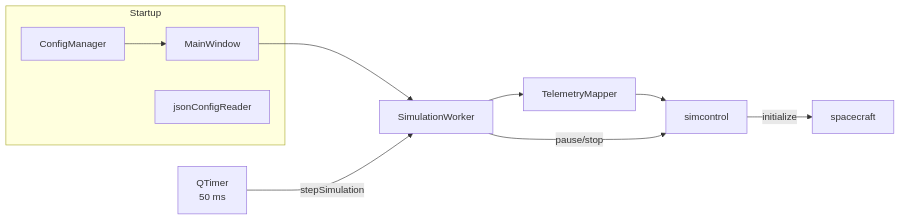
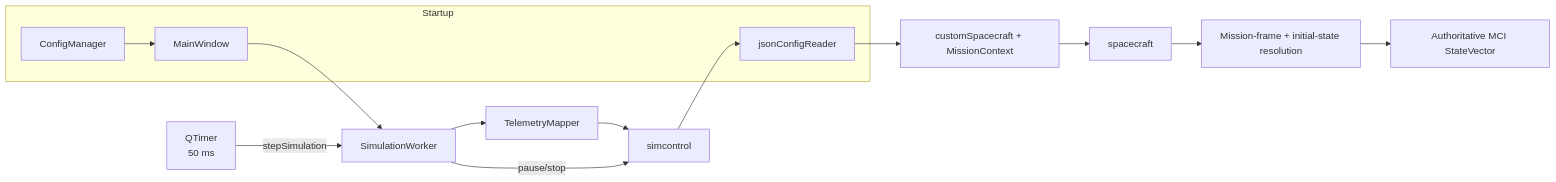
The sixth of 7 diagrams in docs/data-flow-diagrams.md (gerd-lrt-dev/moonlander), drawn with Mermaid before and after one commit. The commit also changed other lines of this file, not shown here.

Commit message:
docs: update data flow diagrams for D31 frame architecture

````diff
--- a/docs/data-flow-diagrams.md
+++ b/docs/data-flow-diagrams.md
@@ -288,22 +414,29 @@
 ```mermaid
 flowchart LR
     subgraph Startup
         CM[ConfigManager]
         MW[MainWindow]
         JCR[jsonConfigReader]
     end
 
     SW[SimulationWorker]
     TM[TelemetryMapper]
     SC[simcontrol]
+    CFG[customSpacecraft + MissionContext]
     SC2[spacecraft]
+    INIT[Mission-frame + initial-state resolution]
+    SV[Authoritative MCI StateVector]
     T[QTimer<br/>50 ms]
 
     CM --> MW
     MW --> SW
     SW --> TM
     TM --> SC
-    SC -->|initialize| SC2
+    SC --> JCR
+    JCR --> CFG
+    CFG --> SC2
+    SC2 --> INIT
+    INIT --> SV
     T -->|stepSimulation| SW
     SW -->|pause/stop| SC
 ```
````
